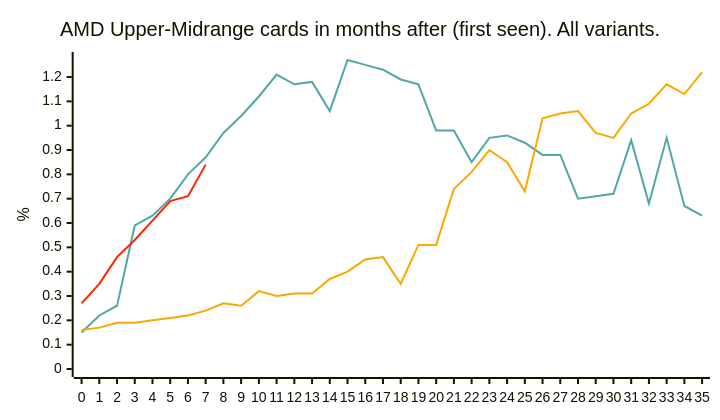
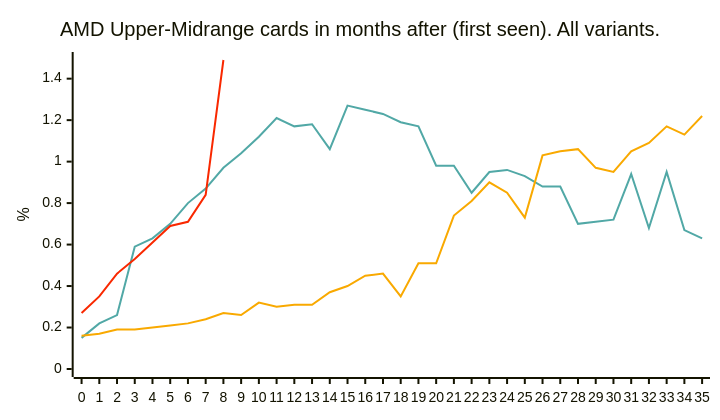
Before and after one commit to jdegene/steamHWsurvey: the seventh of 29 diagrams in README.md, drawn with Mermaid. The commit also changed other lines of this file and 3 other files, not shown here.

````diff
--- a/README.md
+++ b/README.md
@@ -241,23 +241,23 @@
 ```mermaid
 ---
 config:
     xyChart:
         width: 700
         height: 400
         
     themeVariables:
         xyChart:
             plotColorPalette: "#51a8a6,#f9a900,#f92800,#d92080,#8a52a6"
 
 --- 
 
 
 xychart-beta
     title "AMD Upper-Midrange cards in months after (first seen). All variants."
     x-axis[0, 1, 2, 3, 4, 5, 6, 7, 8, 9, 10, 11, 12, 13, 14, 15, 16, 17, 18, 19, 20, 21, 22, 23, 24, 25, 26, 27, 28, 29, 30, 31, 32, 33, 34, 35]
     y-axis "%" 
     line [0.15, 0.22, 0.26, 0.5900000000000001, 0.63, 0.7000000000000001, 0.8, 0.8699999999999999, 0.97, 1.04, 1.1199999999999999, 1.21, 1.17, 1.18, 1.06, 1.27, 1.25, 1.23, 1.1900000000000002, 1.17, 0.98, 0.98, 0.8500000000000001, 0.95, 0.9600000000000001, 0.93, 0.88, 0.88, 0.7000000000000001, 0.7100000000000001, 0.72, 0.9400000000000001, 0.6799999999999999, 0.9500000000000002, 0.67, 0.63]
     line [0.16, 0.16999999999999998, 0.19, 0.19, 0.2, 0.21, 0.22, 0.24, 0.27, 0.26, 0.32, 0.3, 0.31, 0.31, 0.37, 0.4, 0.44999999999999996, 0.45999999999999996, 0.35000000000000003, 0.51, 0.51, 0.74, 0.8099999999999999, 0.8999999999999999, 0.8500000000000001, 0.7299999999999999, 1.03, 1.05, 1.06, 0.97, 0.95, 1.05, 1.09, 1.17, 1.1300000000000001, 1.22]
-    line [0.27, 0.35000000000000003, 0.45999999999999996, 0.53, 0.61, 0.69, 0.7100000000000001, 0.84]
+    line [0.27, 0.35000000000000003, 0.45999999999999996, 0.53, 0.61, 0.69, 0.7100000000000001, 0.84, 1.49]
     line [0]
 ``` 
````
